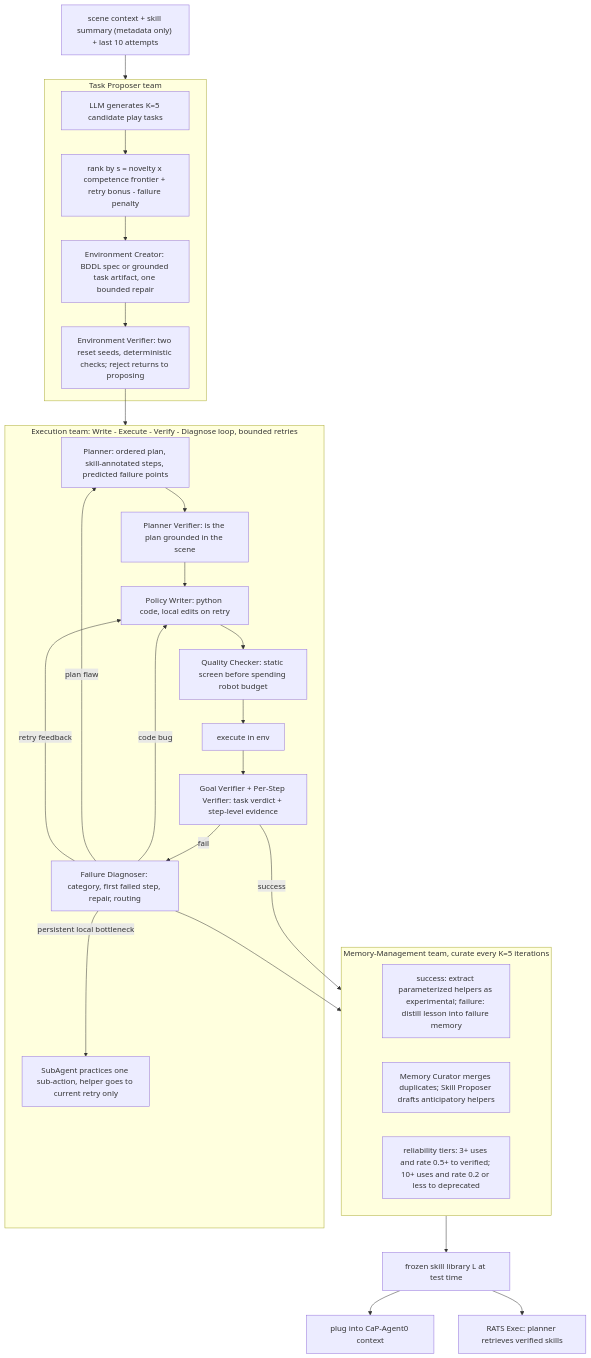
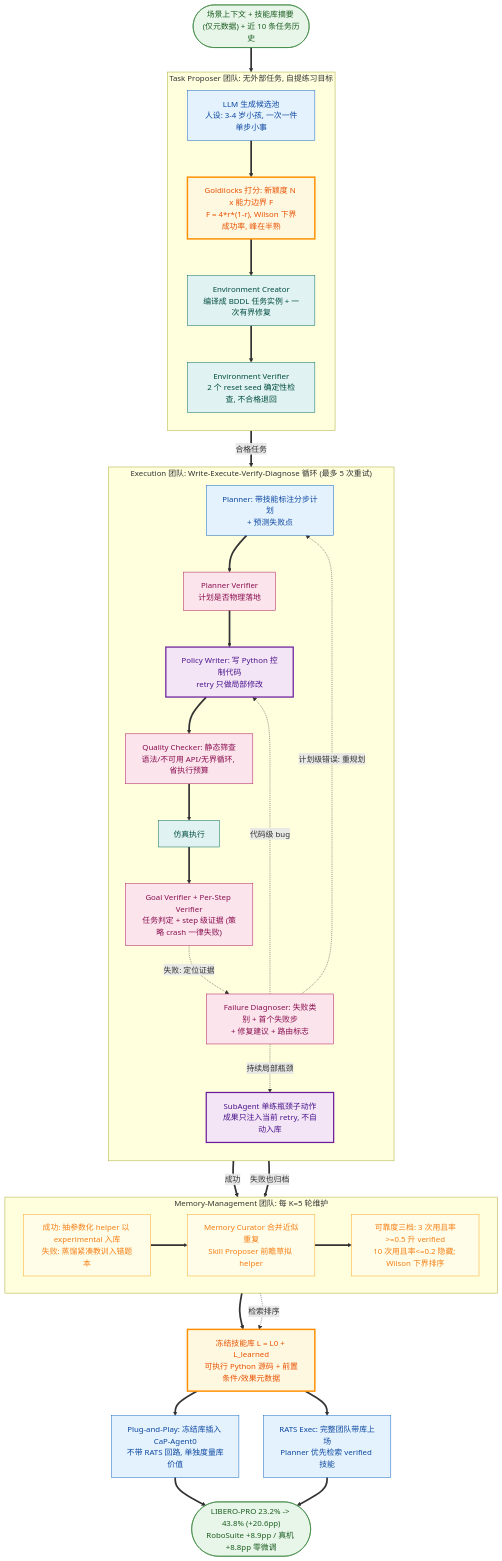
One commit to luohu-arch/physical_intelligence_study changed the diagram in notes/rl/agentic-robot/playful-agentic.md. Above: the diagram before and after it, drawn with Mermaid. The commit also changed 153 other files, not shown here.

````diff
--- a/notes/rl/agentic-robot/playful-agentic.md
+++ b/notes/rl/agentic-robot/playful-agentic.md
@@ -73,32 +73,72 @@
 ```mermaid
+%%{init: {
+  'theme':'base',
+  'themeVariables':{
+    'primaryColor':'#fafbfd','primaryBorderColor':'#4a5d7d','primaryTextColor':'#1f2937',
+    'fontFamily':'"PingFang SC","Hiragino Sans GB","Microsoft YaHei",sans-serif',
+    'fontSize':'14px','clusterBkg':'#fbfcfe','clusterBorder':'#b9c6d8','edgeLabelBackground':'#ffffff'
+  },
+  'flowchart':{'curve':'basis','nodeSpacing':26,'rankSpacing':42,'padding':10}
+}}%%
 flowchart TB
-    SCENE["scene context + skill summary (metadata only) + last 10 attempts"] --> PROPOSE
-    subgraph PROPOSE["Task Proposer team"]
-        GEN["LLM generates K=5 candidate play tasks"] --> RANK["rank by s = novelty x competence frontier + retry bonus - failure penalty"]
-        RANK --> CREATE["Environment Creator: BDDL spec or grounded task artifact, one bounded repair"]
-        CREATE --> EVERIFY["Environment Verifier: two reset seeds, deterministic checks; reject returns to proposing"]
+    SCENE(["场景上下文 + 技能库摘要 (仅元数据) + 近 10 条任务历史"]):::data
+
+    subgraph PROPOSE["Task Proposer 团队: 无外部任务, 自提练习目标"]
+        direction TB
+        GEN["LLM 生成候选池<br/>人设: 3-4 岁小孩, 一次一件单步小事"]:::frozen
+        GOLD["Goldilocks 打分: 新颖度 N x 能力边界 F<br/>F = 4*r*(1-r), Wilson 下界成功率, 峰在半熟"]:::key
+        CREATE["Environment Creator<br/>编译成 BDDL 任务实例 + 一次有界修复"]:::env
+        EVERIFY["Environment Verifier<br/>2 个 reset seed 确定性检查, 不合格退回"]:::env
+        GEN ==> GOLD ==> CREATE ==> EVERIFY
     end
-    EVERIFY --> EXEC
-    subgraph EXEC["Execution team: Write - Execute - Verify - Diagnose loop, bounded retries"]
-        PLAN["Planner: ordered plan, skill-annotated steps, predicted failure points"] --> PVER["Planner Verifier: is the plan grounded in the scene"]
-        PVER --> WRITE["Policy Writer: python code, local edits on retry"]
-        WRITE --> QCHECK["Quality Checker: static screen before spending robot budget"]
-        QCHECK --> RUN["execute in env"]
-        RUN --> GVER["Goal Verifier + Per-Step Verifier: task verdict + step-level evidence"]
-        GVER -->|fail| DIAG["Failure Diagnoser: category, first failed step, repair, routing"]
-        DIAG -->|code bug| WRITE
-        DIAG -->|plan flaw| PLAN
-        DIAG -->|persistent local bottleneck| SUB["SubAgent practices one sub-action, helper goes to current retry only"]
-        DIAG -->|retry feedback| WRITE
+
+    subgraph EXEC["Execution 团队: Write-Execute-Verify-Diagnose 循环 (最多 5 次重试)"]
+        direction TB
+        PLAN["Planner: 带技能标注分步计划<br/>+ 预测失败点"]:::frozen
+        PVER["Planner Verifier<br/>计划是否物理落地"]:::reward
+        WRITE["Policy Writer: 写 Python 控制代码<br/>retry 只做局部修改"]:::act
+        QCHECK["Quality Checker: 静态筛查<br/>语法/不可用 API/无界循环, 省执行预算"]:::reward
+        RUN["仿真执行"]:::env
+        GVER["Goal Verifier + Per-Step Verifier<br/>任务判定 + step 级证据 (策略 crash 一律失败)"]:::reward
+        DIAG["Failure Diagnoser: 失败类别 + 首个失败步<br/>+ 修复建议 + 路由标志"]:::reward
+        SUB["SubAgent 单练瓶颈子动作<br/>成果只注入当前 retry, 不自动入库"]:::act
+        PLAN ==> PVER ==> WRITE ==> QCHECK ==> RUN ==> GVER
+        GVER -.->|"失败: 定位证据"| DIAG
+        DIAG -.->|"代码级 bug"| WRITE
+        DIAG -.->|"计划级错误: 重规划"| PLAN
+        DIAG -.->|"持续局部瓶颈"| SUB
     end
-    GVER -->|success| MEM
-    DIAG --> MEM
-    subgraph MEM["Memory-Management team, curate every K=5 iterations"]
-        UP["success: extract parameterized helpers as experimental; failure: distill lesson into failure memory"]
-        CUR["Memory Curator merges duplicates; Skill Proposer drafts anticipatory helpers"]
-        TIER["reliability tiers: 3+ uses and rate 0.5+ to verified; 10+ uses and rate 0.2 or less to deprecated"]
+
+    subgraph MEM["Memory-Management 团队: 每 K=5 轮维护"]
+        direction LR
+        UP["成功: 抽参数化 helper 以 experimental 入库<br/>失败: 蒸馏紧凑教训入错题本"]:::mem
+        CUR["Memory Curator 合并近似重复<br/>Skill Proposer 前瞻草拟 helper"]:::mem
+        TIER["可靠度三档: 3 次用且率>=0.5 升 verified<br/>10 次用且率<=0.2 隐藏; Wilson 下界排序"]:::mem
     end
-    MEM --> LIB["frozen skill library L at test time"]
-    LIB --> PLUG["plug into CaP-Agent0 context"]
-    LIB --> FULL["RATS Exec: planner retrieves verified skills"]
+
+    LIB["冻结技能库 L = L0 + L_learned<br/>可执行 Python 源码 + 前置条件/效果元数据"]:::key
+    PLUG["Plug-and-Play: 冻结库插入 CaP-Agent0<br/>不带 RATS 回路, 单独度量库价值"]:::frozen
+    FULL["RATS Exec: 完整团队带库上场<br/>Planner 优先检索 verified 技能"]:::frozen
+    ACC(["LIBERO-PRO 23.2% -> 43.8% (+20.6pp)<br/>RoboSuite +8.9pp / 真机 +8.8pp 零微调"]):::data
+
+    SCENE ==> GEN
+    EVERIFY ==>|"合格任务"| PLAN
+    GVER ==>|"成功"| UP
+    DIAG ==>|"失败也归档"| UP
+    UP ==> CUR ==> TIER
+    UP ==> LIB
+    TIER -.->|"检索排序"| LIB
+    LIB ==> PLUG
+    LIB ==> FULL
+    PLUG ==> ACC
+    FULL ==> ACC
+
+    classDef data fill:#e8f5e9,stroke:#2e7d32,color:#1b5e20
+    classDef frozen fill:#e3f2fd,stroke:#1565c0,color:#0d47a1
+    classDef act fill:#f3e5f5,stroke:#6a1b9a,stroke-width:2.5px,color:#4a148c
+    classDef loop fill:#eceff1,stroke:#546e7a,stroke-dasharray:4 3,color:#37474f
+    classDef env fill:#e0f2f1,stroke:#00695c,color:#004d40
+    classDef mem fill:#fffde7,stroke:#f9a825,color:#f57f17
+    classDef reward fill:#fce4ec,stroke:#ad1457,color:#880e4f
+    classDef key fill:#fff8e1,stroke:#ff8f00,stroke-width:3px,color:#e65100
 ```
````
